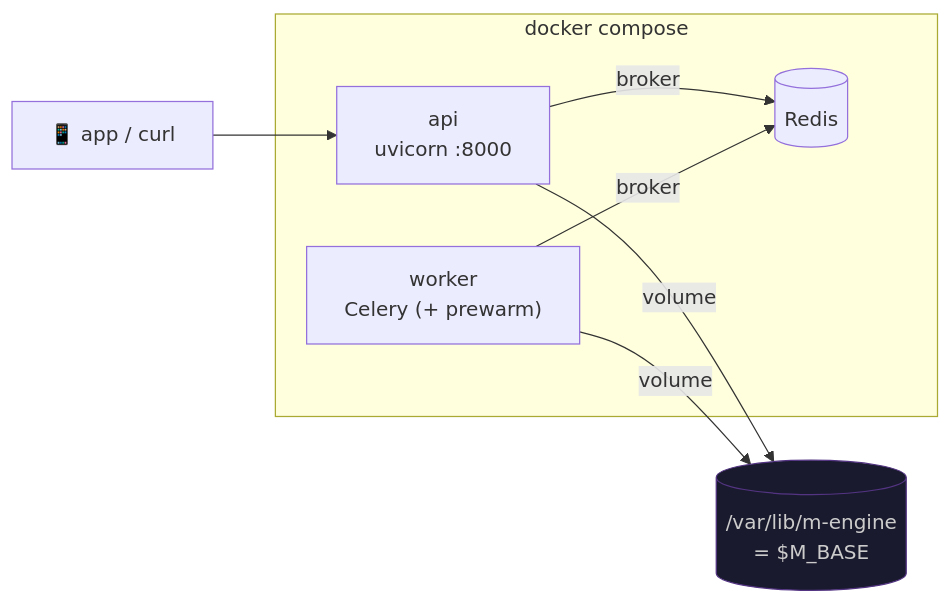
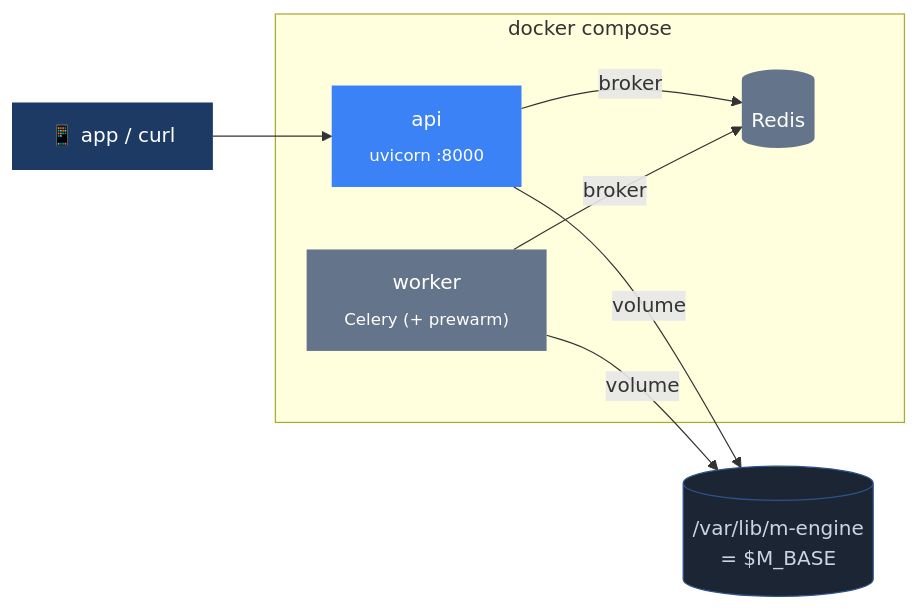
Diagram 13 of 13 in README.md (myselfgus/m), drawn with Mermaid before and after one commit. The commit also changed other lines of this file, not shown here.

First line of the commit message:
docs(readme): re-tematiza mermaids no design system + assistente, perfil, elevação

````diff
--- a/README.md
+++ b/README.md
@@ -546,14 +685,18 @@
 ```mermaid
+%%{init: {'theme':'base','themeVariables':{'fontFamily':'-apple-system,BlinkMacSystemFont,"SF Pro Text","Helvetica Neue",Arial,sans-serif','fontSize':'14px','primaryColor':'#EEF2F7','primaryTextColor':'#1C2533','lineColor':'#64748B','clusterBkg':'#F4F7FB','clusterBorder':'#94A3B8'}}}%%
 flowchart LR
-    APP["📱 app / curl"] --> api
+    APP["📱 app / curl"]:::ep --> api
     subgraph docker["docker compose"]
-        api["api<br/>uvicorn :8000"]
-        worker["worker<br/>Celery (+ prewarm)"]
-        redis[(Redis)]
+        api["api<br/><sub>uvicorn :8000</sub>"]:::proc
+        worker["worker<br/><sub>Celery (+ prewarm)</sub>"]:::infra
+        redis[(Redis)]:::infra
     end
     api -->|broker| redis
     worker -->|broker| redis
-    api -->|volume| vol[("/var/lib/m-engine<br/>= $M_BASE")]
+    api -->|volume| vol[("/var/lib/m-engine<br/>= $M_BASE")]:::phi
     worker -->|volume| vol
-    style vol fill:#1a1a2e,color:#ccc,stroke:#533483
+    classDef ep fill:#1C3A63,color:#fff,stroke:none
+    classDef proc fill:#3B82F6,color:#fff,stroke:none
+    classDef infra fill:#64748B,color:#fff,stroke:none
+    classDef phi fill:#1C2533,color:#CBD5E1,stroke:#2E5388
 ```
````
